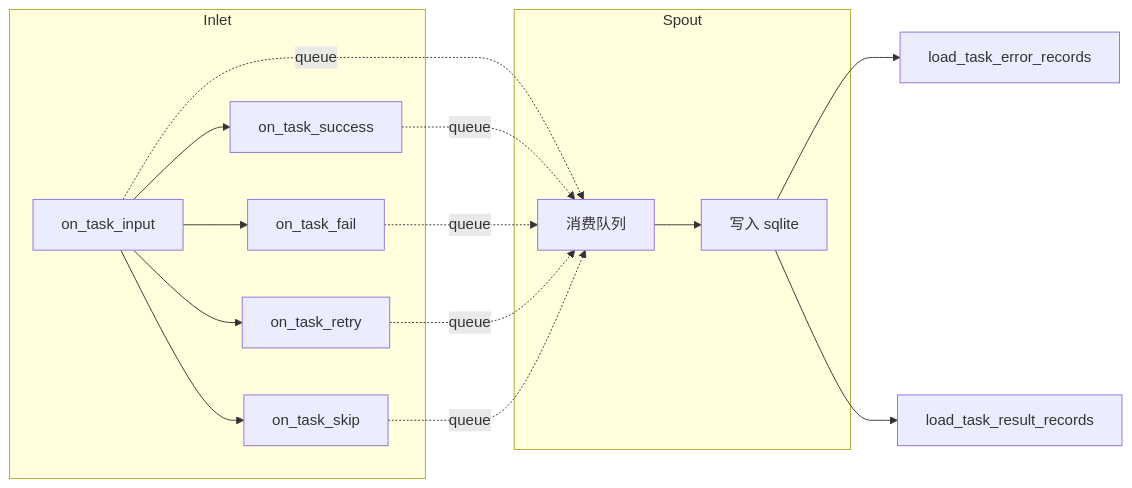
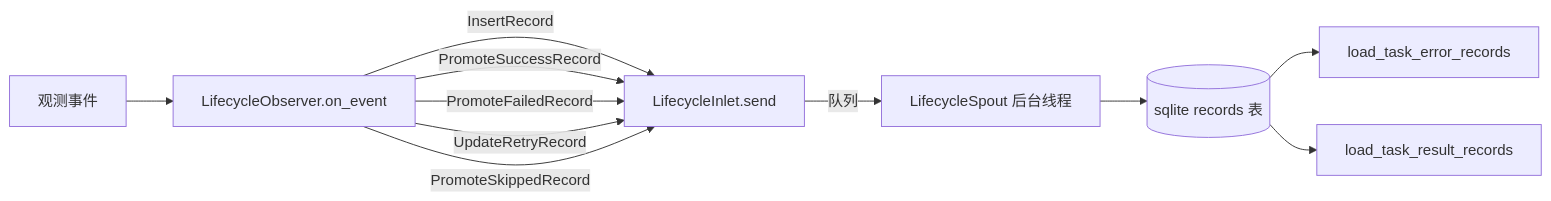
One commit to Mr-xiaotian/CelestialFlow changed the diagram in docs/zh-CN/tests/persist/test_lifecycle.md. Above: the diagram before and after it, drawn with Mermaid. The commit also changed other lines of this file and 86 other files, not shown here.

````diff
--- a/docs/zh-CN/tests/persist/test_lifecycle.md
+++ b/docs/zh-CN/tests/persist/test_lifecycle.md
@@ -65,19 +78,13 @@
 ```mermaid
 flowchart LR
-    subgraph Inlet
-        A[on_task_input] --> B[on_task_success]
-        A --> C[on_task_fail]
-        A --> D[on_task_retry]
-        A --> E[on_task_skip]
-    end
-    subgraph Spout
-        F[消费队列] --> G[写入 sqlite]
-    end
-    A -.->|queue| F
-    B -.->|queue| F
-    C -.->|queue| F
-    D -.->|queue| F
-    E -.->|queue| F
-    G --> H[load_task_error_records]
-    G --> I[load_task_result_records]
+    E[观测事件] --> O[LifecycleObserver.on_event]
+    O -->|InsertRecord| I[LifecycleInlet.send]
+    O -->|PromoteSuccessRecord| I
+    O -->|PromoteFailedRecord| I
+    O -->|UpdateRetryRecord| I
+    O -->|PromoteSkippedRecord| I
+    I -->|队列| S[LifecycleSpout 后台线程]
+    S --> D[(sqlite records 表)]
+    D --> A[load_task_error_records]
+    D --> B[load_task_result_records]
 ```
````
